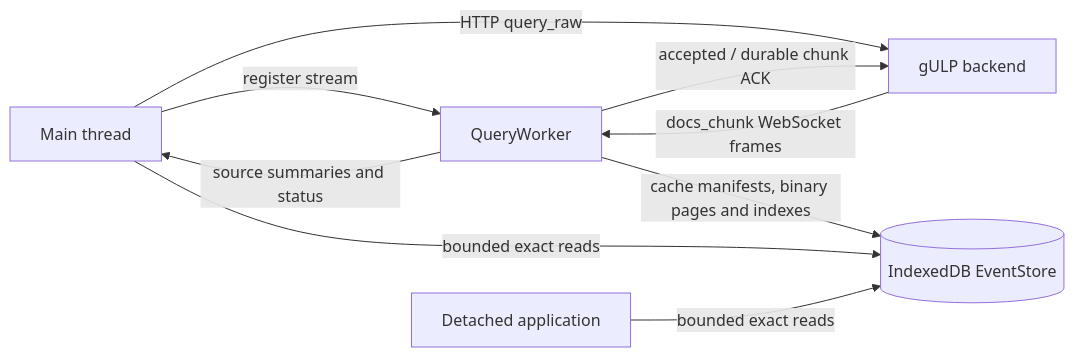
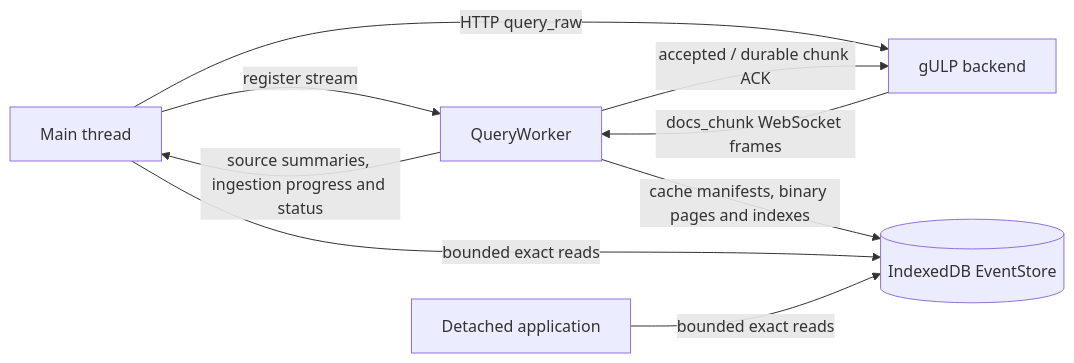
The first of 2 diagrams in docs/webui/query-worker.md (mentat-is/gulp), drawn with Mermaid before and after one commit. The commit also changed other lines of this file and 28 other files, not shown here.

Commit message:
ui: fix query external life cyle, ingestion by query external will managed like ingestion file, Select source banne show progression and sourc/context created.

````diff
--- a/docs/webui/query-worker.md
+++ b/docs/webui/query-worker.md
@@ -50,11 +50,11 @@
 ```mermaid
 flowchart LR
     UI[Main thread] -->|register stream| QW[QueryWorker]
     UI -->|HTTP query_raw| BE[gULP backend]
     BE -->|docs_chunk WebSocket frames| QW
     QW -->|accepted / durable chunk ACK| BE
     QW -->|cache manifests, binary pages and indexes| IDB[(IndexedDB EventStore)]
-    QW -->|source summaries and status| UI
+    QW -->|source summaries, ingestion progress and status| UI
     UI -->|bounded exact reads| IDB
     DA[Detached application] -->|bounded exact reads| IDB
 ```
````
